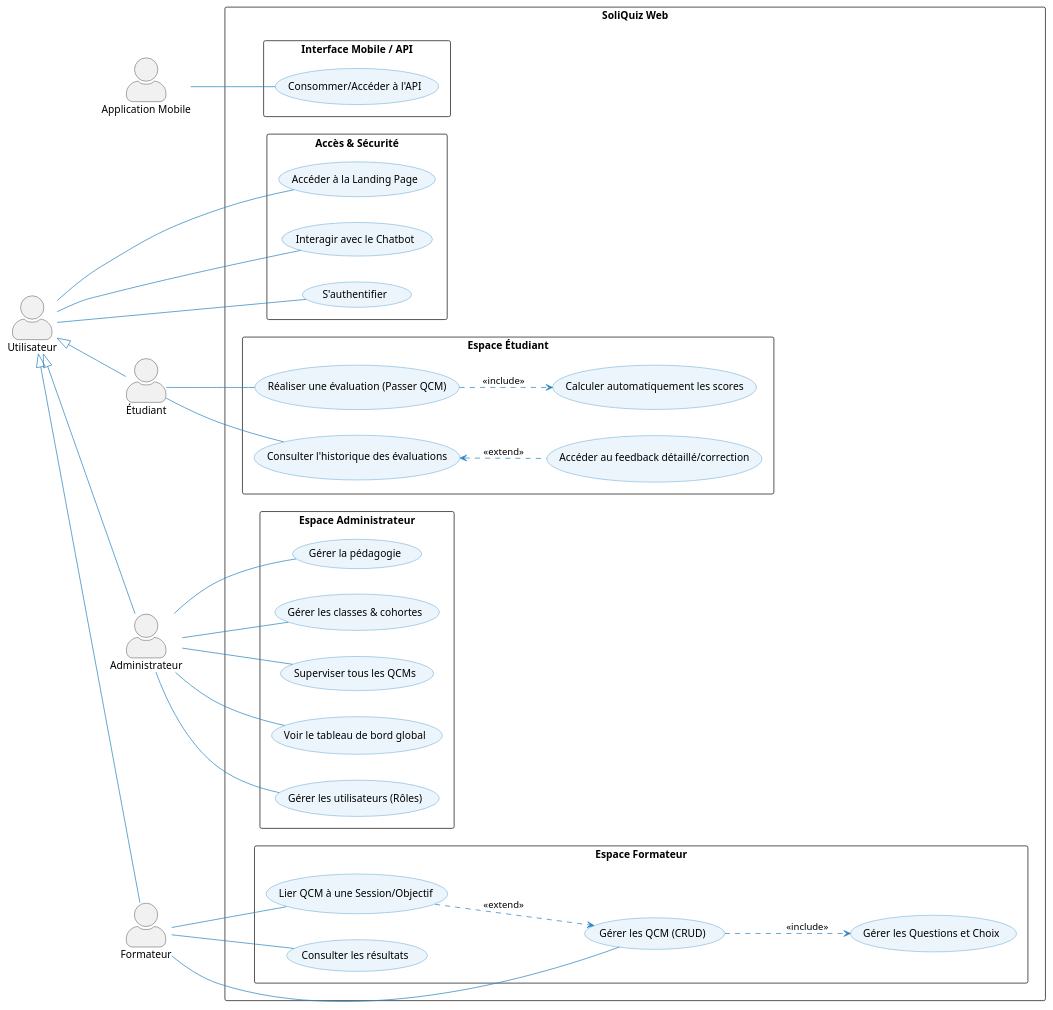
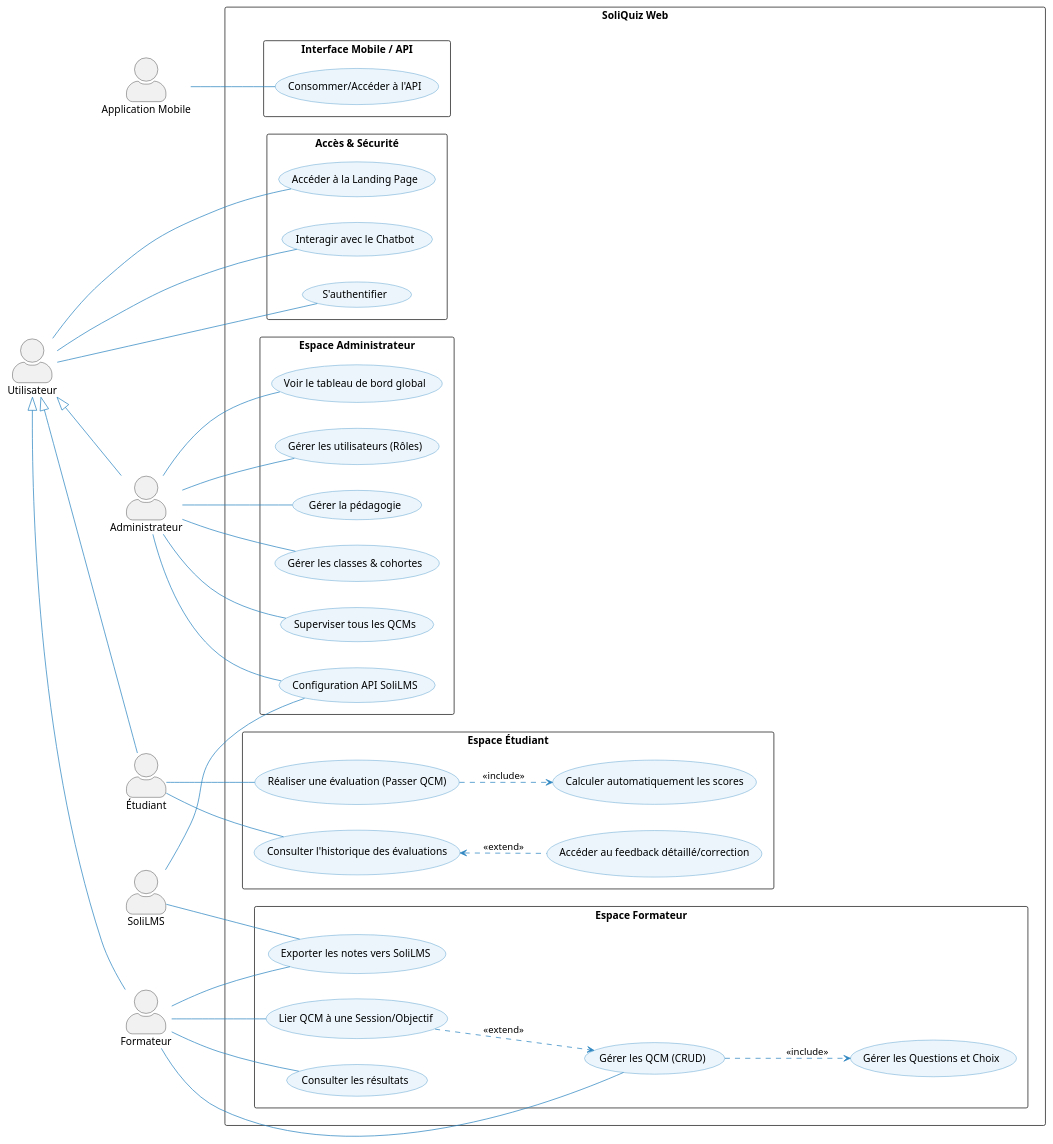
One commit to BENYEKHLEF-Anouar/SoliQuiz changed the diagram in Analyse/cas-utilisation/cas-utilisation-global-web.puml. Above: the diagram before and after it, drawn with PlantUML. The commit also changed 5 other files, not shown here.

```diff
--- a/Analyse/cas-utilisation/cas-utilisation-global-web.puml
+++ b/Analyse/cas-utilisation/cas-utilisation-global-web.puml
@@ -1,89 +1,95 @@
 @startuml
 skinparam actorStyle awesome
 left to right direction
 skinparam packageStyle rectangle
 
 skinparam usecase {
     BackgroundColor #EBF5FB
     BorderColor #2E86C1
     ArrowColor #2E86C1
 }
 
 ' ==============================
 ' ACTORS HIERARCHY
 ' ==============================
 actor "Utilisateur" as U
 actor "Administrateur" as A
 actor "Formateur" as F
 actor "Étudiant" as E
 actor "Application Mobile" as M
-' actor "SoliLMS" as LMS
+actor "SoliLMS" as LMS
 
 ' Inheritance
 U <|-- A
 U <|-- F
 U <|-- E
 
 ' ==============================
 ' SYSTEM
 ' ==============================
 package "SoliQuiz Web" {
 
     package "Accès & Sécurité" {
         usecase "Accéder à la Landing Page" as UC_LANDING
         usecase "Interagir avec le Chatbot" as UC_CHAT
         usecase "S'authentifier" as UC_LOGIN
 
         U -- UC_LANDING
         U -- UC_CHAT
         U -- UC_LOGIN
     }
 
     package "Espace Administrateur" {
         usecase "Voir le tableau de bord global" as UC10
         usecase "Gérer les utilisateurs (Rôles)" as UC9
         usecase "Gérer la pédagogie" as UC_PEDA
         usecase "Gérer les classes & cohortes" as UC_CLASS
         usecase "Superviser tous les QCMs" as UC_QCMS
+        usecase "Configuration API SoliLMS" as UC_CONF
 
         A -- UC10
         A -- UC9
         A -- UC_PEDA
         A -- UC_CLASS
         A -- UC_QCMS
+        A -- UC_CONF
+        LMS -- UC_CONF
     }
 
     package "Espace Formateur" {
         usecase "Gérer les QCM (CRUD)" as UC1
         usecase "Gérer les Questions et Choix" as UC2
         usecase "Lier QCM à une Session/Objectif" as UC3
         usecase "Consulter les résultats" as UC5
+        usecase "Exporter les notes vers SoliLMS" as UC_EXP_LMS
 
         F -- UC1
         F -- UC3
         F -- UC5
+        F -- UC_EXP_LMS
+        LMS -- UC_EXP_LMS
 
         UC3 ..> UC1 : <<extend>>
         UC1 ..> UC2 : <<include>>
     }
 
     package "Espace Étudiant" {
         usecase "Réaliser une évaluation (Passer QCM)" as UC4
         usecase "Calculer automatiquement les scores" as UC6
         usecase "Consulter l'historique des évaluations" as UC7
         usecase "Accéder au feedback détaillé/correction" as UC8
 
         E -- UC4
         E -- UC7
 
         UC4 ..> UC6 : <<include>>
         UC7 <.. UC8 : <<extend>>
     }
 
     package "Interface Mobile / API" {
         usecase "Consommer/Accéder à l'API" as UC_API
         
         M -- UC_API
     }
 }
 @enduml
```
